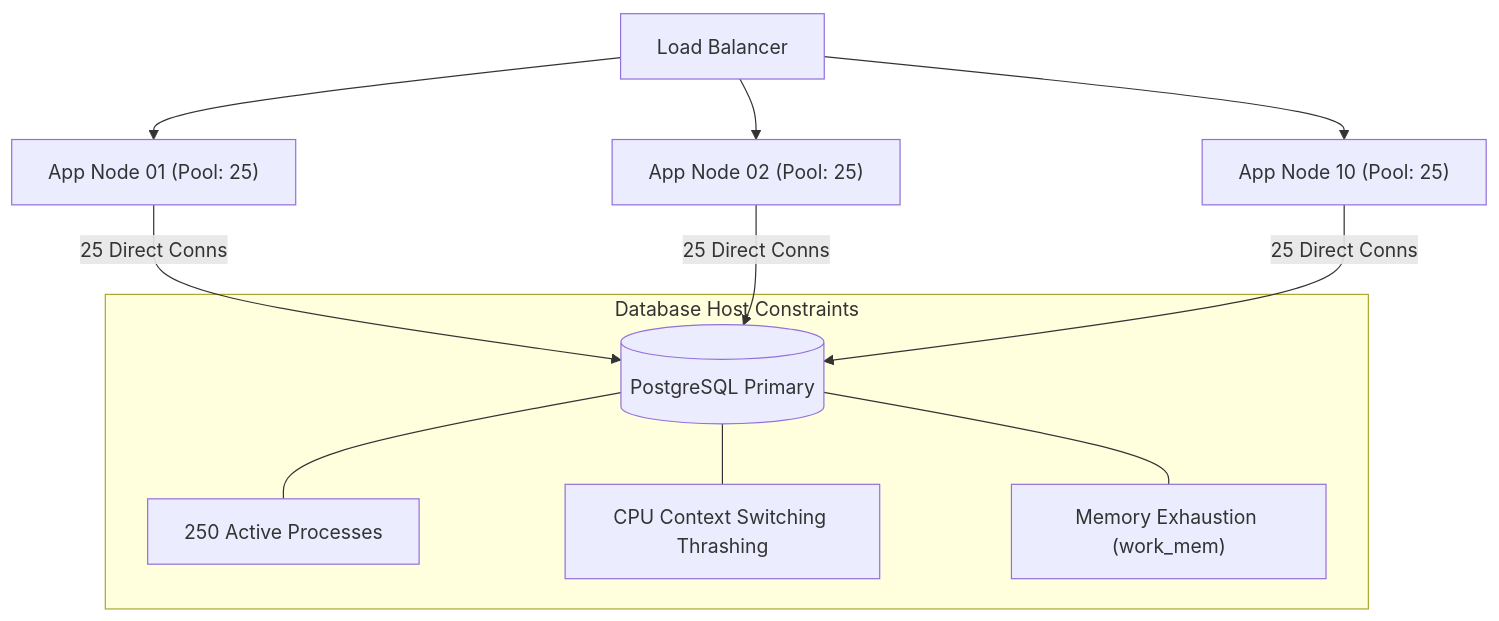
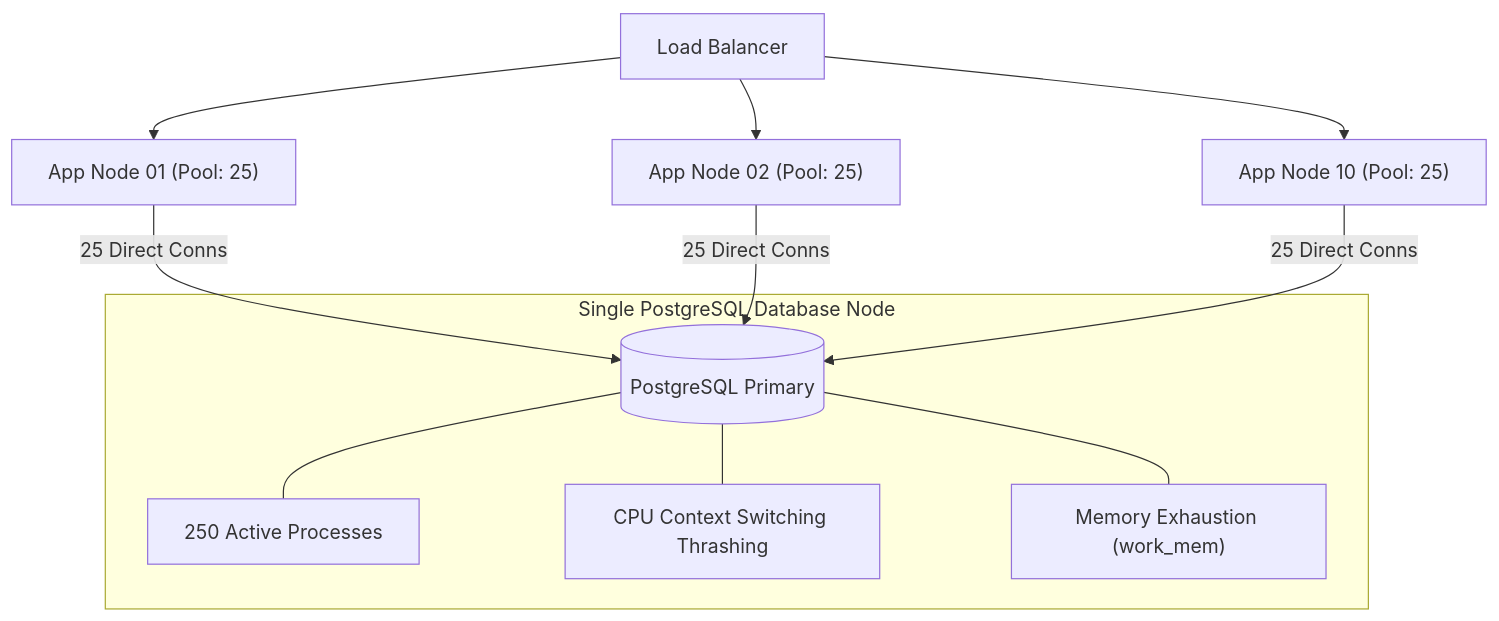
The second of 5 diagrams in days/phase-2-database-becomes-the-problem/day-06-app-scales-db-doesnt/README.md (userhimanshuverma/30_Days_of_Building_Systems_That_Scale), drawn with Mermaid before and after one commit. The commit also changed other lines of this file and 1 other file, not shown here.

Commit message:
fix(docs): refactor Mermaid diagrams for strict GitHub rendering compatibility

````diff
--- a/days/phase-2-database-becomes-the-problem/day-06-app-scales-db-doesnt/README.md
+++ b/days/phase-2-database-becomes-the-problem/day-06-app-scales-db-doesnt/README.md
@@ -222,16 +222,17 @@
 ```mermaid
 graph TD
-    LB[Load Balancer] --> App1["App Node 01 (Pool: 25)"]
+    LB["Load Balancer"] --> App1["App Node 01 (Pool: 25)"]
     LB --> App2["App Node 02 (Pool: 25)"]
     LB --> App3["App Node 10 (Pool: 25)"]
 
-    App1 -->|25 Direct Conns| DB[(PostgreSQL Primary)]
+    App1 -->|25 Direct Conns| DB
     App2 -->|25 Direct Conns| DB
     App3 -->|25 Direct Conns| DB
 
-    subgraph DB_Bottleneck ["Database Host Constraints"]
+    subgraph DB_Bottleneck ["Single PostgreSQL Database Node"]
+        DB[(PostgreSQL Primary)]
         DB --- C1["250 Active Processes"]
         DB --- C2["CPU Context Switching Thrashing"]
         DB --- C3["Memory Exhaustion (work_mem)"]
     end
 ```
````
